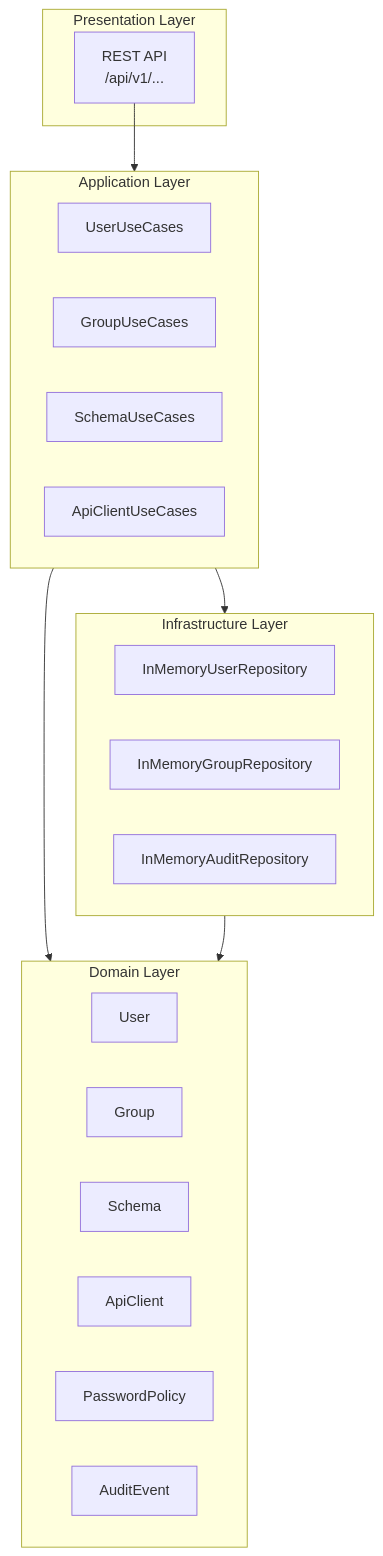
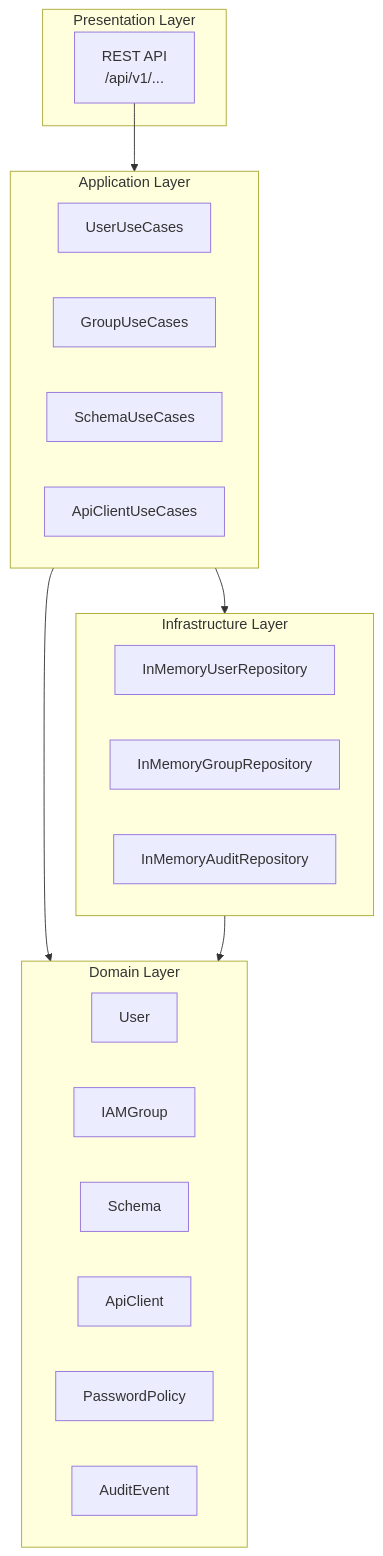
The second of 3 diagrams in identity-directory/docs/UML.md (UIMSolutions/uim-platform), drawn with Mermaid before and after one commit. The commit also changed other lines of this file and 33 other files, not shown here.

First line of the commit message:
Refactor group-related entities and update references to IAMGroup

````diff
--- a/identity-directory/docs/UML.md
+++ b/identity-directory/docs/UML.md
@@ -57,30 +57,30 @@
 ```mermaid
 flowchart TB
     subgraph Presentation["Presentation Layer"]
         REST["REST API\n/api/v1/..."]
     end
     subgraph Application["Application Layer"]
         USER_UC["UserUseCases"]
         GROUP_UC["GroupUseCases"]
         SCHEMA_UC["SchemaUseCases"]
         CLIENT_UC["ApiClientUseCases"]
     end
     subgraph Domain["Domain Layer"]
         USER["User"]
-        GROUP["Group"]
+        GROUP["IAMGroup"]
         SCHEMA["Schema"]
         CLIENT["ApiClient"]
         POLICY["PasswordPolicy"]
         AUDIT["AuditEvent"]
     end
     subgraph Infrastructure["Infrastructure Layer"]
         USER_REPO["InMemoryUserRepository"]
         GROUP_REPO["InMemoryGroupRepository"]
         AUDIT_REPO["InMemoryAuditRepository"]
     end
 
     REST --> Application
     Application --> Domain
     Infrastructure --> Domain
     Application --> Infrastructure
 ```
````
